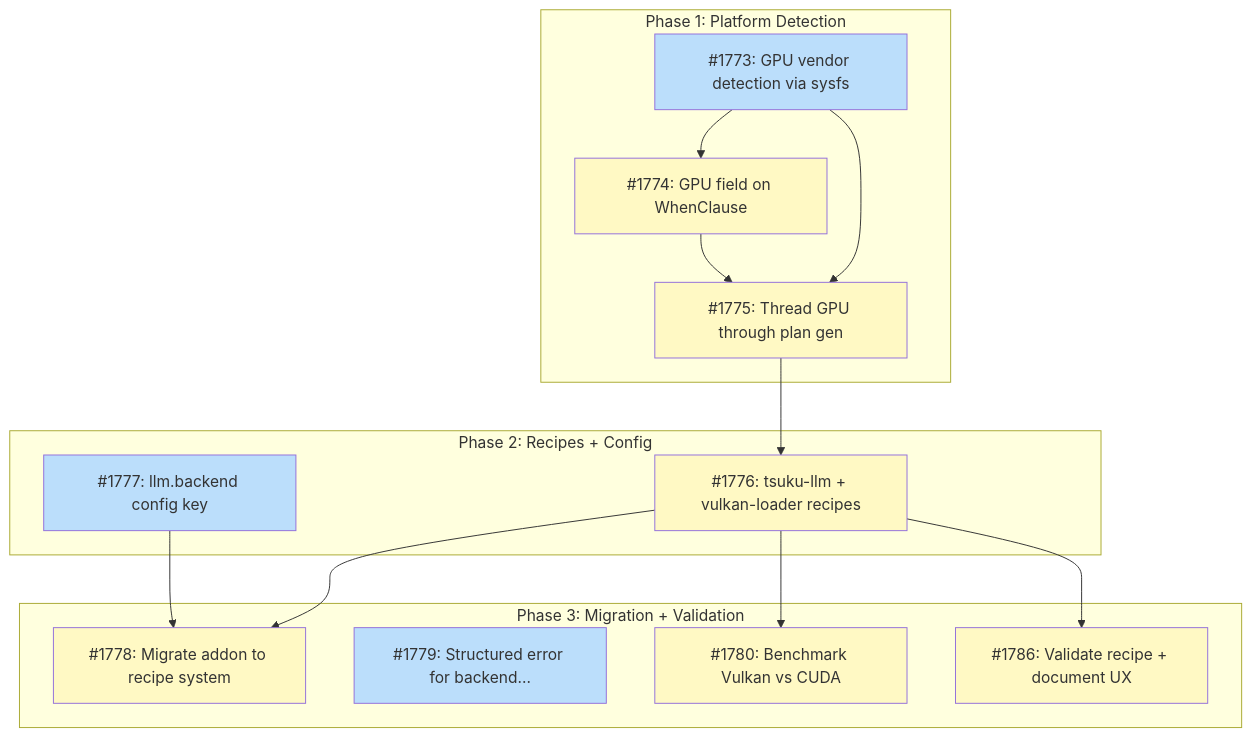
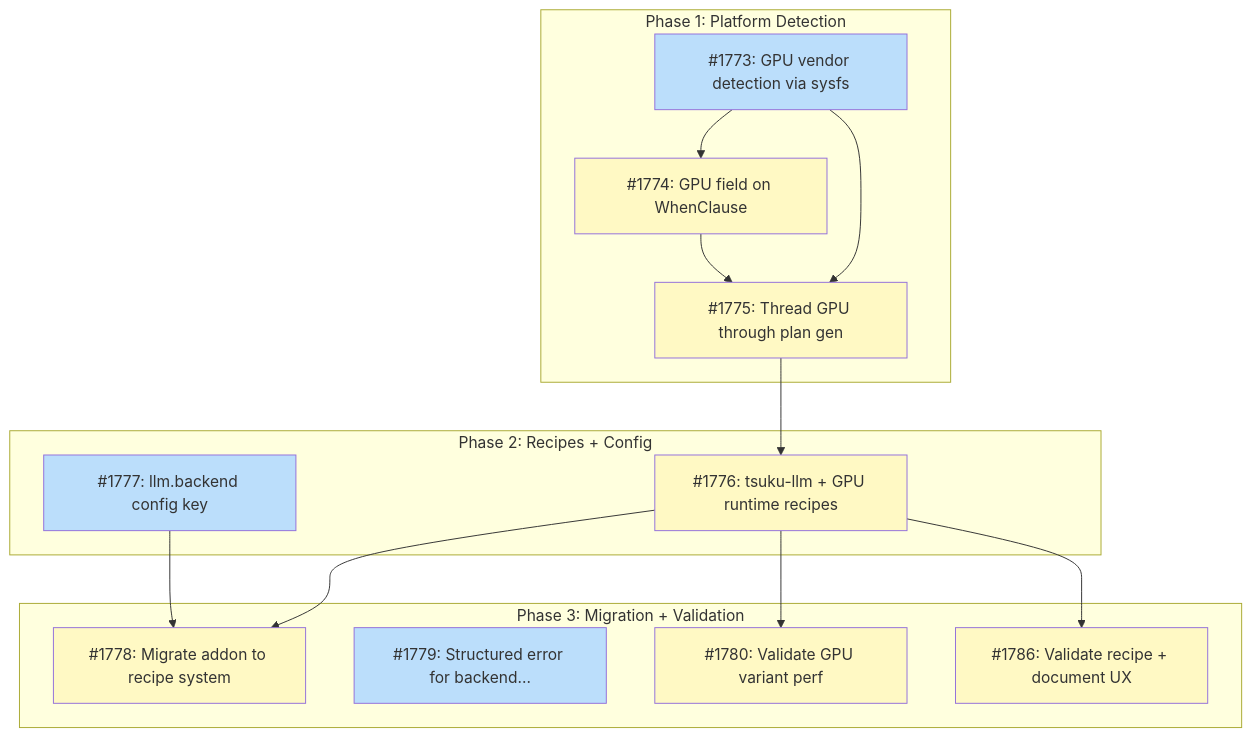
The diagram in docs/designs/DESIGN-gpu-backend-selection.md (tsukumogami/tsuku), drawn with Mermaid before and after one commit. The commit also changed other lines of this file, not shown here.

First line of the commit message:
docs(gpu-backend-selection): add Decision 5 for GPU runtime provisioning

````diff
--- a/docs/designs/DESIGN-gpu-backend-selection.md
+++ b/docs/designs/DESIGN-gpu-backend-selection.md
@@ -59,38 +64,38 @@
 ```mermaid
 graph TD
     subgraph Phase1["Phase 1: Platform Detection"]
         I1773["#1773: GPU vendor detection via sysfs"]
         I1774["#1774: GPU field on WhenClause"]
         I1775["#1775: Thread GPU through plan gen"]
     end
 
     subgraph Phase2["Phase 2: Recipes + Config"]
-        I1776["#1776: tsuku-llm + vulkan-loader recipes"]
+        I1776["#1776: tsuku-llm + GPU runtime recipes"]
         I1777["#1777: llm.backend config key"]
     end
 
     subgraph Phase3["Phase 3: Migration + Validation"]
         I1778["#1778: Migrate addon to recipe system"]
         I1779["#1779: Structured error for backend..."]
-        I1780["#1780: Benchmark Vulkan vs CUDA"]
+        I1780["#1780: Validate GPU variant perf"]
         I1786["#1786: Validate recipe + document UX"]
     end
 
     I1773 --> I1774
     I1773 --> I1775
     I1774 --> I1775
     I1775 --> I1776
     I1776 --> I1778
     I1777 --> I1778
     I1776 --> I1780
     I1776 --> I1786
 
     classDef done fill:#c8e6c9
     classDef ready fill:#bbdefb
     classDef blocked fill:#fff9c4
     classDef needsDesign fill:#e1bee7
     classDef tracksDesign fill:#FFE0B2,stroke:#F57C00,color:#000
 
     class I1773,I1777,I1779 ready
     class I1774,I1775,I1776,I1778,I1780,I1786 blocked
 ```
````
